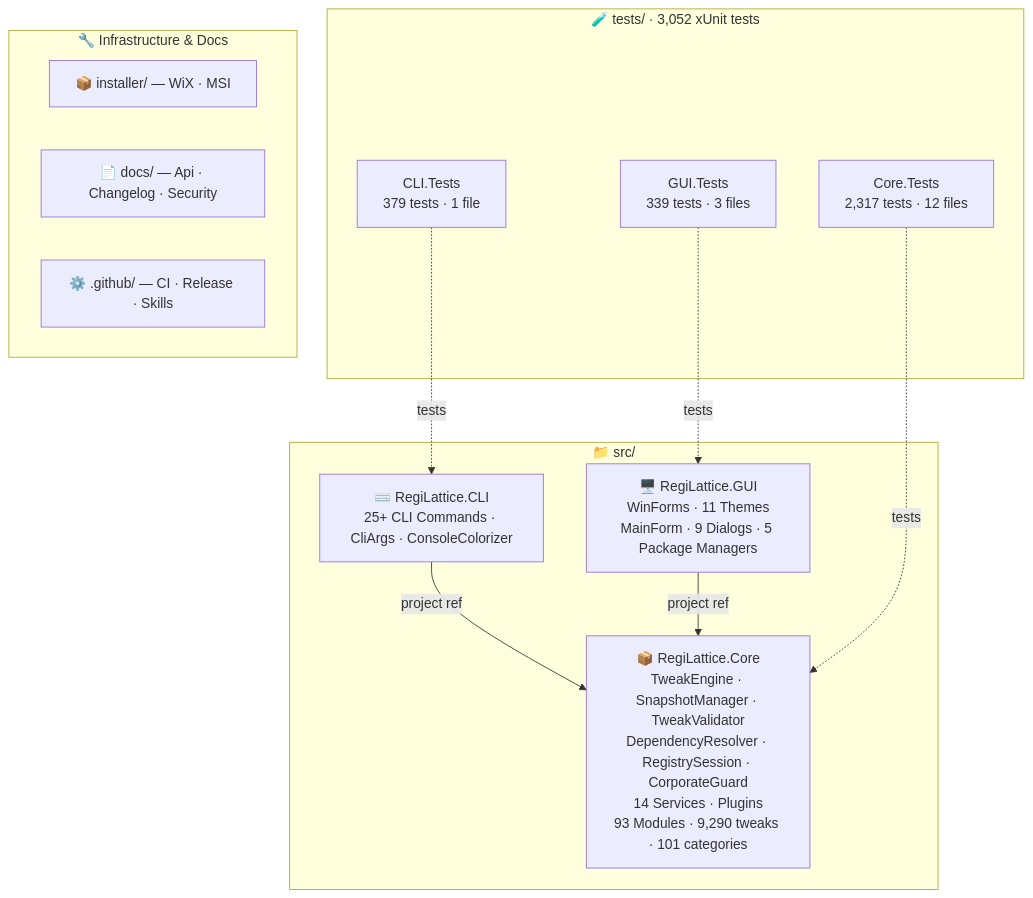
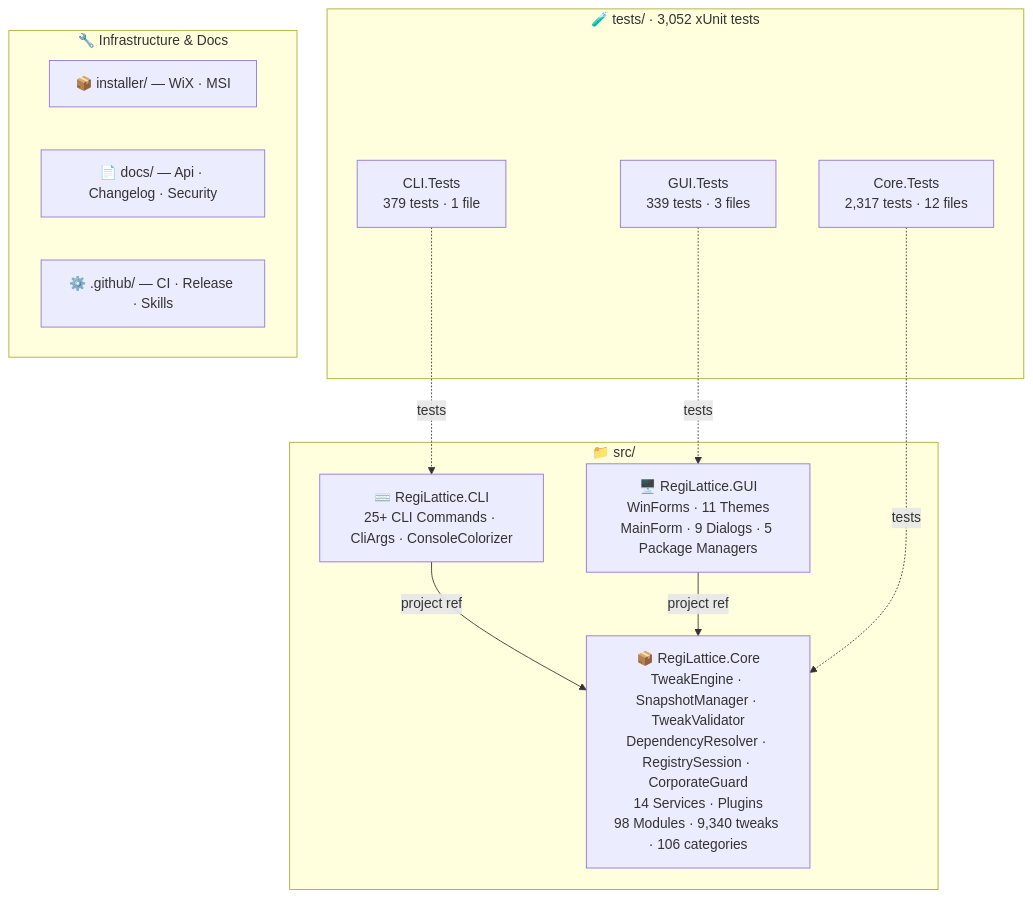
One commit to RajwanYair/RegiLattice changed the second of 2 diagrams in README.md. Above: the diagram before and after it, drawn with Mermaid. The commit also changed other lines of this file and 16 other files, not shown here.

First line of the commit message:
feat(tweaks): v6.4.0 — 5 new policy modules, 50 tweaks (Sprints 647-651)

````diff
--- a/README.md
+++ b/README.md
@@ -255,26 +255,26 @@
 ```mermaid
 graph TD
     subgraph SRC["📁 src/"]
-        CORE["📦 RegiLattice.Core<br/>TweakEngine · SnapshotManager · TweakValidator<br/>DependencyResolver · RegistrySession · CorporateGuard<br/>14 Services · Plugins<br/>93 Modules · 9,290 tweaks · 101 categories"]
+        CORE["📦 RegiLattice.Core<br/>TweakEngine · SnapshotManager · TweakValidator<br/>DependencyResolver · RegistrySession · CorporateGuard<br/>14 Services · Plugins<br/>98 Modules · 9,340 tweaks · 106 categories"]
         GUI["🖥️ RegiLattice.GUI<br/>WinForms · 11 Themes<br/>MainForm · 9 Dialogs · 5 Package Managers"]
         CLI["⌨️ RegiLattice.CLI<br/>25+ CLI Commands · CliArgs · ConsoleColorizer"]
     end
 
     subgraph TST["🧪 tests/  ·  3,052 xUnit tests"]
         CT["Core.Tests<br/>2,317 tests · 12 files"]
         CLT["CLI.Tests<br/>379 tests · 1 file"]
         GT["GUI.Tests<br/>339 tests · 3 files"]
     end
 
     subgraph INFRA["🔧 Infrastructure & Docs"]
         INST["📦 installer/ — WiX · MSI"]
         DOCS["📄 docs/ — Api · Changelog · Security"]
         GH["⚙️ .github/ — CI · Release · Skills"]
     end
 
     CLI -->|project ref| CORE
     GUI -->|project ref| CORE
     CT -.->|tests| CORE
     CLT -.->|tests| CLI
     GT -.->|tests| GUI
 ```
````
